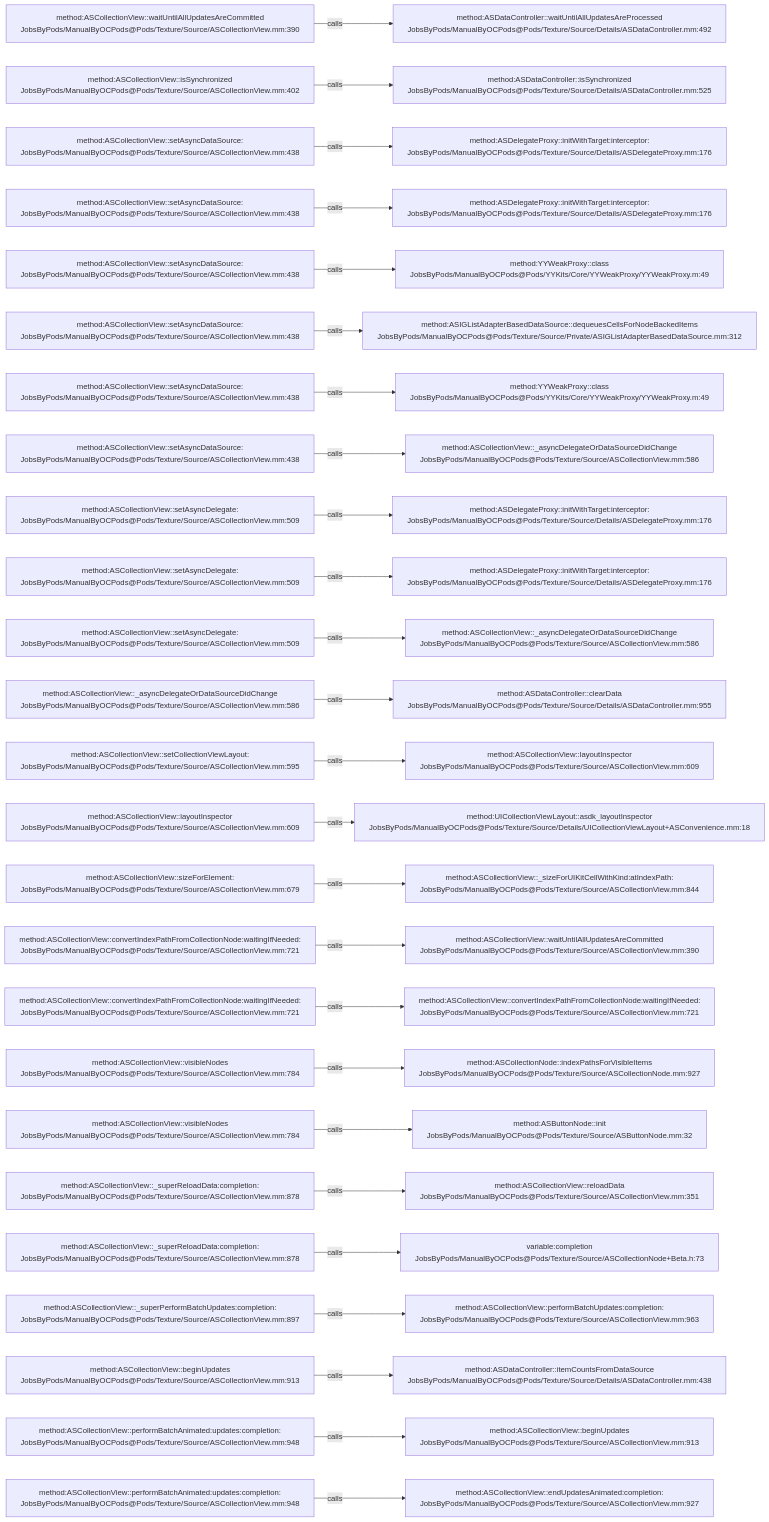
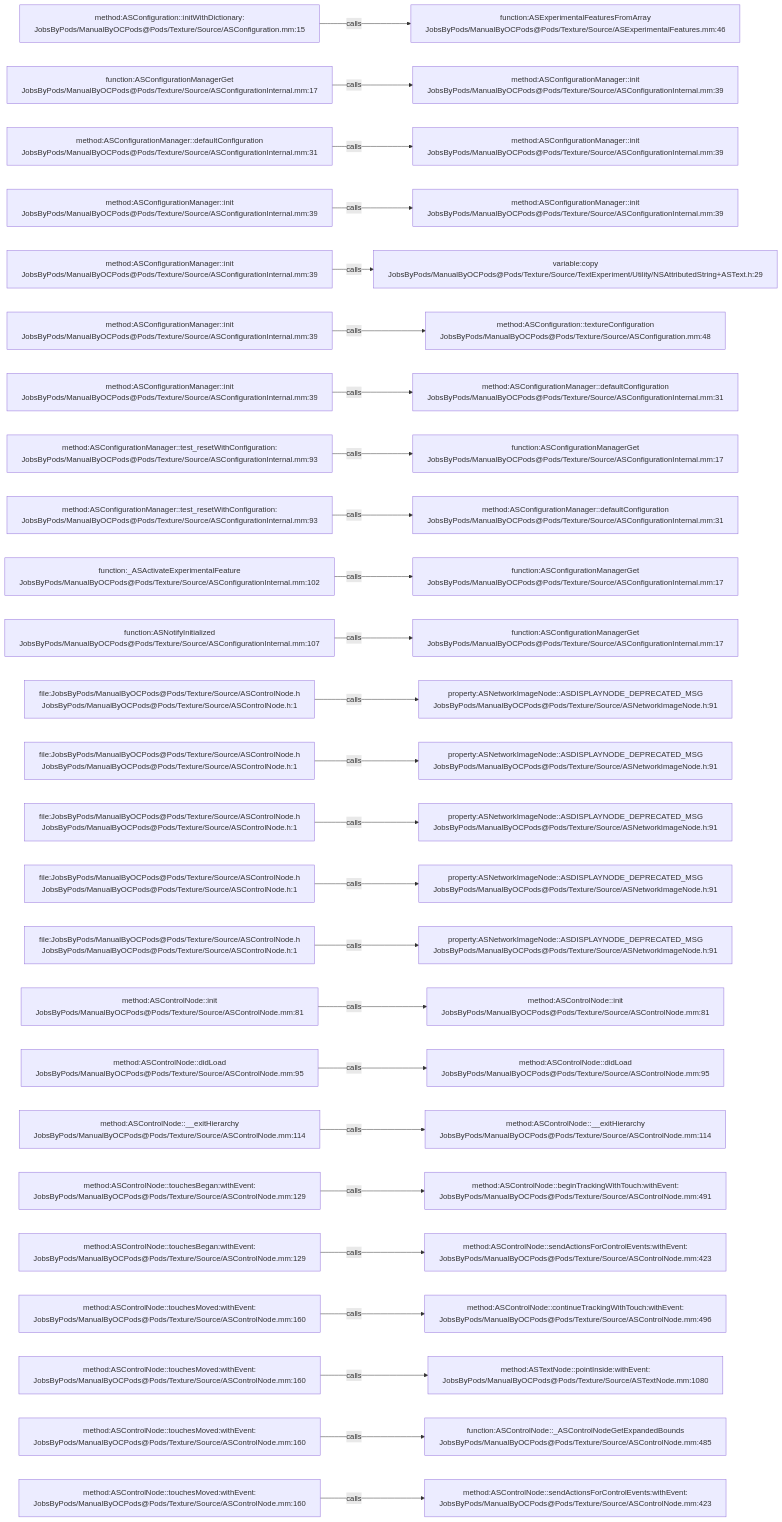
The diagram in .codegraph/codegraph.md/graphs/calls-078.md (JobsKits/JobsOCBaseConfigDemo), drawn with Mermaid before and after one commit. The commit also changed 1448 other files, not shown here.

````diff
--- a/.codegraph/codegraph.md/graphs/calls-078.md
+++ b/.codegraph/codegraph.md/graphs/calls-078.md
@@ -13,78 +13,78 @@
 ```mermaid
 flowchart LR
-  S1["method:ASCollectionView::waitUntilAllUpdatesAreCommitted<br/>JobsByPods/ManualByOCPods@Pods/Texture/Source/ASCollectionView.mm:390"]
-  T1["method:ASDataController::waitUntilAllUpdatesAreProcessed<br/>JobsByPods/ManualByOCPods@Pods/Texture/Source/Details/ASDataController.mm:492"]
+  S1["method:ASConfiguration::initWithDictionary:<br/>JobsByPods/ManualByOCPods@Pods/Texture/Source/ASConfiguration.mm:15"]
+  T1["function:ASExperimentalFeaturesFromArray<br/>JobsByPods/ManualByOCPods@Pods/Texture/Source/ASExperimentalFeatures.mm:46"]
   S1 -->|calls| T1
-  S2["method:ASCollectionView::isSynchronized<br/>JobsByPods/ManualByOCPods@Pods/Texture/Source/ASCollectionView.mm:402"]
-  T2["method:ASDataController::isSynchronized<br/>JobsByPods/ManualByOCPods@Pods/Texture/Source/Details/ASDataController.mm:525"]
+  S2["function:ASConfigurationManagerGet<br/>JobsByPods/ManualByOCPods@Pods/Texture/Source/ASConfigurationInternal.mm:17"]
+  T2["method:ASConfigurationManager::init<br/>JobsByPods/ManualByOCPods@Pods/Texture/Source/ASConfigurationInternal.mm:39"]
   S2 -->|calls| T2
-  S3["method:ASCollectionView::setAsyncDataSource:<br/>JobsByPods/ManualByOCPods@Pods/Texture/Source/ASCollectionView.mm:438"]
-  T3["method:ASDelegateProxy::initWithTarget:interceptor:<br/>JobsByPods/ManualByOCPods@Pods/Texture/Source/Details/ASDelegateProxy.mm:176"]
+  S3["method:ASConfigurationManager::defaultConfiguration<br/>JobsByPods/ManualByOCPods@Pods/Texture/Source/ASConfigurationInternal.mm:31"]
+  T3["method:ASConfigurationManager::init<br/>JobsByPods/ManualByOCPods@Pods/Texture/Source/ASConfigurationInternal.mm:39"]
   S3 -->|calls| T3
-  S4["method:ASCollectionView::setAsyncDataSource:<br/>JobsByPods/ManualByOCPods@Pods/Texture/Source/ASCollectionView.mm:438"]
-  T4["method:ASDelegateProxy::initWithTarget:interceptor:<br/>JobsByPods/ManualByOCPods@Pods/Texture/Source/Details/ASDelegateProxy.mm:176"]
+  S4["method:ASConfigurationManager::init<br/>JobsByPods/ManualByOCPods@Pods/Texture/Source/ASConfigurationInternal.mm:39"]
+  T4["method:ASConfigurationManager::init<br/>JobsByPods/ManualByOCPods@Pods/Texture/Source/ASConfigurationInternal.mm:39"]
   S4 -->|calls| T4
-  S5["method:ASCollectionView::setAsyncDataSource:<br/>JobsByPods/ManualByOCPods@Pods/Texture/Source/ASCollectionView.mm:438"]
-  T5["method:YYWeakProxy::class<br/>JobsByPods/ManualByOCPods@Pods/YYKits/Core/YYWeakProxy/YYWeakProxy.m:49"]
+  S5["method:ASConfigurationManager::init<br/>JobsByPods/ManualByOCPods@Pods/Texture/Source/ASConfigurationInternal.mm:39"]
+  T5["variable:copy<br/>JobsByPods/ManualByOCPods@Pods/Texture/Source/TextExperiment/Utility/NSAttributedString+ASText.h:29"]
   S5 -->|calls| T5
-  S6["method:ASCollectionView::setAsyncDataSource:<br/>JobsByPods/ManualByOCPods@Pods/Texture/Source/ASCollectionView.mm:438"]
-  T6["method:ASIGListAdapterBasedDataSource::dequeuesCellsForNodeBackedItems<br/>JobsByPods/ManualByOCPods@Pods/Texture/Source/Private/ASIGListAdapterBasedDataSource.mm:312"]
+  S6["method:ASConfigurationManager::init<br/>JobsByPods/ManualByOCPods@Pods/Texture/Source/ASConfigurationInternal.mm:39"]
+  T6["method:ASConfiguration::textureConfiguration<br/>JobsByPods/ManualByOCPods@Pods/Texture/Source/ASConfiguration.mm:48"]
   S6 -->|calls| T6
-  S7["method:ASCollectionView::setAsyncDataSource:<br/>JobsByPods/ManualByOCPods@Pods/Texture/Source/ASCollectionView.mm:438"]
-  T7["method:YYWeakProxy::class<br/>JobsByPods/ManualByOCPods@Pods/YYKits/Core/YYWeakProxy/YYWeakProxy.m:49"]
+  S7["method:ASConfigurationManager::init<br/>JobsByPods/ManualByOCPods@Pods/Texture/Source/ASConfigurationInternal.mm:39"]
+  T7["method:ASConfigurationManager::defaultConfiguration<br/>JobsByPods/ManualByOCPods@Pods/Texture/Source/ASConfigurationInternal.mm:31"]
   S7 -->|calls| T7
-  S8["method:ASCollectionView::setAsyncDataSource:<br/>JobsByPods/ManualByOCPods@Pods/Texture/Source/ASCollectionView.mm:438"]
-  T8["method:ASCollectionView::_asyncDelegateOrDataSourceDidChange<br/>JobsByPods/ManualByOCPods@Pods/Texture/Source/ASCollectionView.mm:586"]
+  S8["method:ASConfigurationManager::test_resetWithConfiguration:<br/>JobsByPods/ManualByOCPods@Pods/Texture/Source/ASConfigurationInternal.mm:93"]
+  T8["function:ASConfigurationManagerGet<br/>JobsByPods/ManualByOCPods@Pods/Texture/Source/ASConfigurationInternal.mm:17"]
   S8 -->|calls| T8
-  S9["method:ASCollectionView::setAsyncDelegate:<br/>JobsByPods/ManualByOCPods@Pods/Texture/Source/ASCollectionView.mm:509"]
-  T9["method:ASDelegateProxy::initWithTarget:interceptor:<br/>JobsByPods/ManualByOCPods@Pods/Texture/Source/Details/ASDelegateProxy.mm:176"]
+  S9["method:ASConfigurationManager::test_resetWithConfiguration:<br/>JobsByPods/ManualByOCPods@Pods/Texture/Source/ASConfigurationInternal.mm:93"]
+  T9["method:ASConfigurationManager::defaultConfiguration<br/>JobsByPods/ManualByOCPods@Pods/Texture/Source/ASConfigurationInternal.mm:31"]
   S9 -->|calls| T9
-  S10["method:ASCollectionView::setAsyncDelegate:<br/>JobsByPods/ManualByOCPods@Pods/Texture/Source/ASCollectionView.mm:509"]
-  T10["method:ASDelegateProxy::initWithTarget:interceptor:<br/>JobsByPods/ManualByOCPods@Pods/Texture/Source/Details/ASDelegateProxy.mm:176"]
+  S10["function:_ASActivateExperimentalFeature<br/>JobsByPods/ManualByOCPods@Pods/Texture/Source/ASConfigurationInternal.mm:102"]
+  T10["function:ASConfigurationManagerGet<br/>JobsByPods/ManualByOCPods@Pods/Texture/Source/ASConfigurationInternal.mm:17"]
   S10 -->|calls| T10
-  S11["method:ASCollectionView::setAsyncDelegate:<br/>JobsByPods/ManualByOCPods@Pods/Texture/Source/ASCollectionView.mm:509"]
-  T11["method:ASCollectionView::_asyncDelegateOrDataSourceDidChange<br/>JobsByPods/ManualByOCPods@Pods/Texture/Source/ASCollectionView.mm:586"]
+  S11["function:ASNotifyInitialized<br/>JobsByPods/ManualByOCPods@Pods/Texture/Source/ASConfigurationInternal.mm:107"]
+  T11["function:ASConfigurationManagerGet<br/>JobsByPods/ManualByOCPods@Pods/Texture/Source/ASConfigurationInternal.mm:17"]
   S11 -->|calls| T11
-  S12["method:ASCollectionView::_asyncDelegateOrDataSourceDidChange<br/>JobsByPods/ManualByOCPods@Pods/Texture/Source/ASCollectionView.mm:586"]
-  T12["method:ASDataController::clearData<br/>JobsByPods/ManualByOCPods@Pods/Texture/Source/Details/ASDataController.mm:955"]
+  S12["file:JobsByPods/ManualByOCPods@Pods/Texture/Source/ASControlNode.h<br/>JobsByPods/ManualByOCPods@Pods/Texture/Source/ASControlNode.h:1"]
+  T12["property:ASNetworkImageNode::ASDISPLAYNODE_DEPRECATED_MSG<br/>JobsByPods/ManualByOCPods@Pods/Texture/Source/ASNetworkImageNode.h:91"]
   S12 -->|calls| T12
-  S13["method:ASCollectionView::setCollectionViewLayout:<br/>JobsByPods/ManualByOCPods@Pods/Texture/Source/ASCollectionView.mm:595"]
-  T13["method:ASCollectionView::layoutInspector<br/>JobsByPods/ManualByOCPods@Pods/Texture/Source/ASCollectionView.mm:609"]
+  S13["file:JobsByPods/ManualByOCPods@Pods/Texture/Source/ASControlNode.h<br/>JobsByPods/ManualByOCPods@Pods/Texture/Source/ASControlNode.h:1"]
+  T13["property:ASNetworkImageNode::ASDISPLAYNODE_DEPRECATED_MSG<br/>JobsByPods/ManualByOCPods@Pods/Texture/Source/ASNetworkImageNode.h:91"]
   S13 -->|calls| T13
-  S14["method:ASCollectionView::layoutInspector<br/>JobsByPods/ManualByOCPods@Pods/Texture/Source/ASCollectionView.mm:609"]
-  T14["method:UICollectionViewLayout::asdk_layoutInspector<br/>JobsByPods/ManualByOCPods@Pods/Texture/Source/Details/UICollectionViewLayout+ASConvenience.mm:18"]
+  S14["file:JobsByPods/ManualByOCPods@Pods/Texture/Source/ASControlNode.h<br/>JobsByPods/ManualByOCPods@Pods/Texture/Source/ASControlNode.h:1"]
+  T14["property:ASNetworkImageNode::ASDISPLAYNODE_DEPRECATED_MSG<br/>JobsByPods/ManualByOCPods@Pods/Texture/Source/ASNetworkImageNode.h:91"]
   S14 -->|calls| T14
-  S15["method:ASCollectionView::sizeForElement:<br/>JobsByPods/ManualByOCPods@Pods/Texture/Source/ASCollectionView.mm:679"]
-  T15["method:ASCollectionView::_sizeForUIKitCellWithKind:atIndexPath:<br/>JobsByPods/ManualByOCPods@Pods/Texture/Source/ASCollectionView.mm:844"]
+  S15["file:JobsByPods/ManualByOCPods@Pods/Texture/Source/ASControlNode.h<br/>JobsByPods/ManualByOCPods@Pods/Texture/Source/ASControlNode.h:1"]
+  T15["property:ASNetworkImageNode::ASDISPLAYNODE_DEPRECATED_MSG<br/>JobsByPods/ManualByOCPods@Pods/Texture/Source/ASNetworkImageNode.h:91"]
   S15 -->|calls| T15
-  S16["method:ASCollectionView::convertIndexPathFromCollectionNode:waitingIfNeeded:<br/>JobsByPods/ManualByOCPods@Pods/Texture/Source/ASCollectionView.mm:721"]
-  T16["method:ASCollectionView::waitUntilAllUpdatesAreCommitted<br/>JobsByPods/ManualByOCPods@Pods/Texture/Source/ASCollectionView.mm:390"]
+  S16["file:JobsByPods/ManualByOCPods@Pods/Texture/Source/ASControlNode.h<br/>JobsByPods/ManualByOCPods@Pods/Texture/Source/ASControlNode.h:1"]
+  T16["property:ASNetworkImageNode::ASDISPLAYNODE_DEPRECATED_MSG<br/>JobsByPods/ManualByOCPods@Pods/Texture/Source/ASNetworkImageNode.h:91"]
   S16 -->|calls| T16
-  S17["method:ASCollectionView::convertIndexPathFromCollectionNode:waitingIfNeeded:<br/>JobsByPods/ManualByOCPods@Pods/Texture/Source/ASCollectionView.mm:721"]
-  T17["method:ASCollectionView::convertIndexPathFromCollectionNode:waitingIfNeeded:<br/>JobsByPods/ManualByOCPods@Pods/Texture/Source/ASCollectionView.mm:721"]
+  S17["method:ASControlNode::init<br/>JobsByPods/ManualByOCPods@Pods/Texture/Source/ASControlNode.mm:81"]
+  T17["method:ASControlNode::init<br/>JobsByPods/ManualByOCPods@Pods/Texture/Source/ASControlNode.mm:81"]
   S17 -->|calls| T17
-  S18["method:ASCollectionView::visibleNodes<br/>JobsByPods/ManualByOCPods@Pods/Texture/Source/ASCollectionView.mm:784"]
-  T18["method:ASCollectionNode::indexPathsForVisibleItems<br/>JobsByPods/ManualByOCPods@Pods/Texture/Source/ASCollectionNode.mm:927"]
+  S18["method:ASControlNode::didLoad<br/>JobsByPods/ManualByOCPods@Pods/Texture/Source/ASControlNode.mm:95"]
+  T18["method:ASControlNode::didLoad<br/>JobsByPods/ManualByOCPods@Pods/Texture/Source/ASControlNode.mm:95"]
   S18 -->|calls| T18
-  S19["method:ASCollectionView::visibleNodes<br/>JobsByPods/ManualByOCPods@Pods/Texture/Source/ASCollectionView.mm:784"]
-  T19["method:ASButtonNode::init<br/>JobsByPods/ManualByOCPods@Pods/Texture/Source/ASButtonNode.mm:32"]
+  S19["method:ASControlNode::__exitHierarchy<br/>JobsByPods/ManualByOCPods@Pods/Texture/Source/ASControlNode.mm:114"]
+  T19["method:ASControlNode::__exitHierarchy<br/>JobsByPods/ManualByOCPods@Pods/Texture/Source/ASControlNode.mm:114"]
   S19 -->|calls| T19
-  S20["method:ASCollectionView::_superReloadData:completion:<br/>JobsByPods/ManualByOCPods@Pods/Texture/Source/ASCollectionView.mm:878"]
-  T20["method:ASCollectionView::reloadData<br/>JobsByPods/ManualByOCPods@Pods/Texture/Source/ASCollectionView.mm:351"]
+  S20["method:ASControlNode::touchesBegan:withEvent:<br/>JobsByPods/ManualByOCPods@Pods/Texture/Source/ASControlNode.mm:129"]
+  T20["method:ASControlNode::beginTrackingWithTouch:withEvent:<br/>JobsByPods/ManualByOCPods@Pods/Texture/Source/ASControlNode.mm:491"]
   S20 -->|calls| T20
-  S21["method:ASCollectionView::_superReloadData:completion:<br/>JobsByPods/ManualByOCPods@Pods/Texture/Source/ASCollectionView.mm:878"]
-  T21["variable:completion<br/>JobsByPods/ManualByOCPods@Pods/Texture/Source/ASCollectionNode+Beta.h:73"]
+  S21["method:ASControlNode::touchesBegan:withEvent:<br/>JobsByPods/ManualByOCPods@Pods/Texture/Source/ASControlNode.mm:129"]
+  T21["method:ASControlNode::sendActionsForControlEvents:withEvent:<br/>JobsByPods/ManualByOCPods@Pods/Texture/Source/ASControlNode.mm:423"]
   S21 -->|calls| T21
-  S22["method:ASCollectionView::_superPerformBatchUpdates:completion:<br/>JobsByPods/ManualByOCPods@Pods/Texture/Source/ASCollectionView.mm:897"]
-  T22["method:ASCollectionView::performBatchUpdates:completion:<br/>JobsByPods/ManualByOCPods@Pods/Texture/Source/ASCollectionView.mm:963"]
+  S22["method:ASControlNode::touchesMoved:withEvent:<br/>JobsByPods/ManualByOCPods@Pods/Texture/Source/ASControlNode.mm:160"]
+  T22["method:ASControlNode::continueTrackingWithTouch:withEvent:<br/>JobsByPods/ManualByOCPods@Pods/Texture/Source/ASControlNode.mm:496"]
   S22 -->|calls| T22
-  S23["method:ASCollectionView::beginUpdates<br/>JobsByPods/ManualByOCPods@Pods/Texture/Source/ASCollectionView.mm:913"]
-  T23["method:ASDataController::itemCountsFromDataSource<br/>JobsByPods/ManualByOCPods@Pods/Texture/Source/Details/ASDataController.mm:438"]
+  S23["method:ASControlNode::touchesMoved:withEvent:<br/>JobsByPods/ManualByOCPods@Pods/Texture/Source/ASControlNode.mm:160"]
+  T23["method:ASTextNode::pointInside:withEvent:<br/>JobsByPods/ManualByOCPods@Pods/Texture/Source/ASTextNode.mm:1080"]
   S23 -->|calls| T23
-  S24["method:ASCollectionView::performBatchAnimated:updates:completion:<br/>JobsByPods/ManualByOCPods@Pods/Texture/Source/ASCollectionView.mm:948"]
-  T24["method:ASCollectionView::beginUpdates<br/>JobsByPods/ManualByOCPods@Pods/Texture/Source/ASCollectionView.mm:913"]
+  S24["method:ASControlNode::touchesMoved:withEvent:<br/>JobsByPods/ManualByOCPods@Pods/Texture/Source/ASControlNode.mm:160"]
+  T24["function:ASControlNode::_ASControlNodeGetExpandedBounds<br/>JobsByPods/ManualByOCPods@Pods/Texture/Source/ASControlNode.mm:485"]
   S24 -->|calls| T24
-  S25["method:ASCollectionView::performBatchAnimated:updates:completion:<br/>JobsByPods/ManualByOCPods@Pods/Texture/Source/ASCollectionView.mm:948"]
-  T25["method:ASCollectionView::endUpdatesAnimated:completion:<br/>JobsByPods/ManualByOCPods@Pods/Texture/Source/ASCollectionView.mm:927"]
+  S25["method:ASControlNode::touchesMoved:withEvent:<br/>JobsByPods/ManualByOCPods@Pods/Texture/Source/ASControlNode.mm:160"]
+  T25["method:ASControlNode::sendActionsForControlEvents:withEvent:<br/>JobsByPods/ManualByOCPods@Pods/Texture/Source/ASControlNode.mm:423"]
   S25 -->|calls| T25
 ```
````
